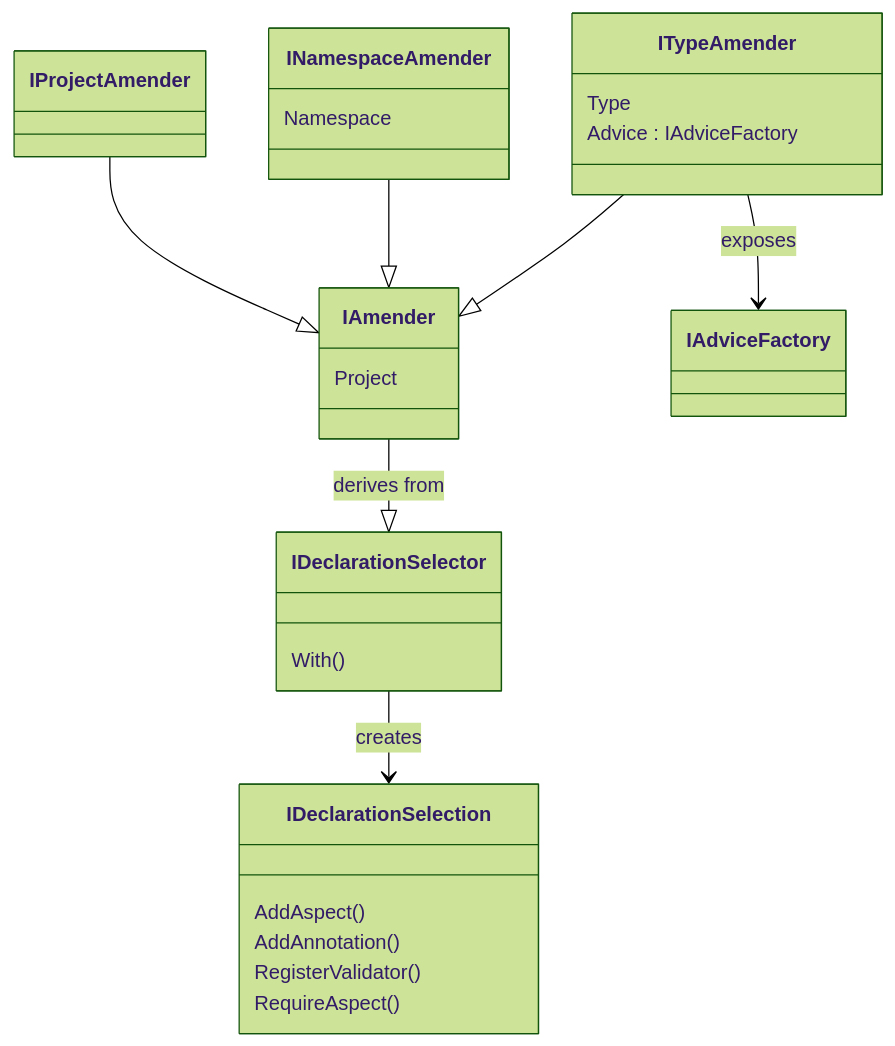
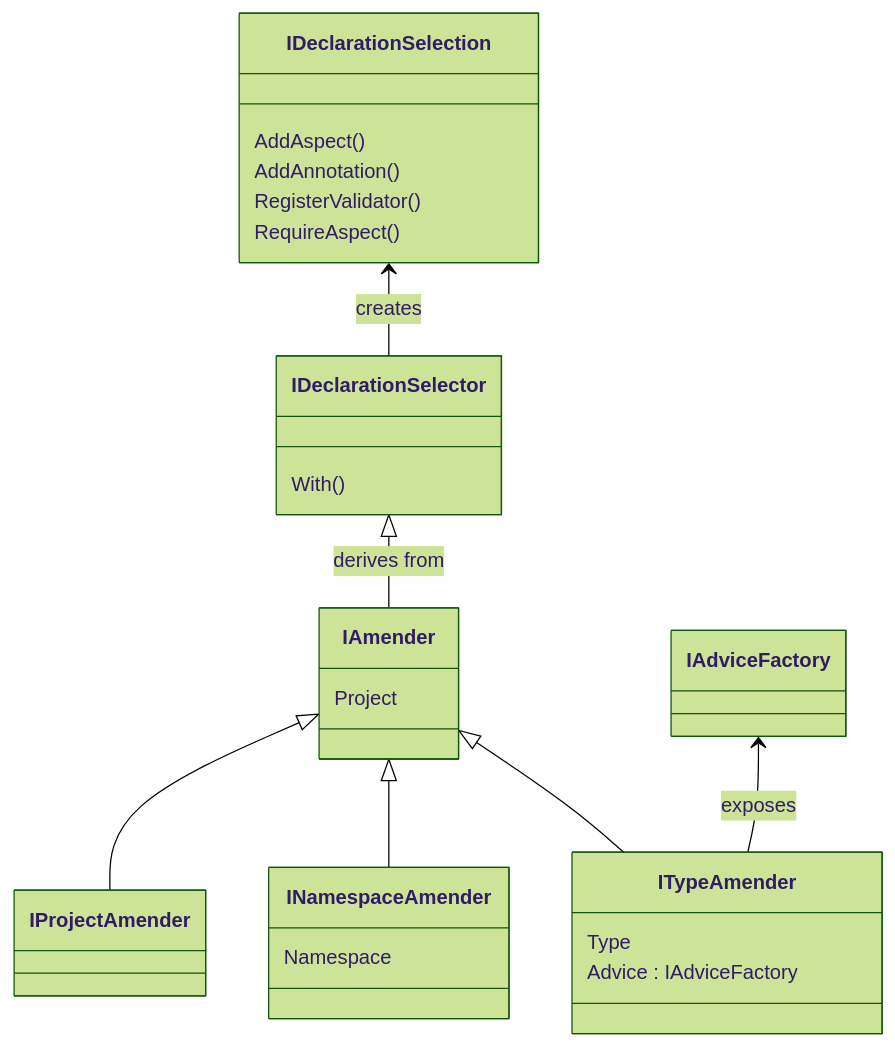
One commit to postsharp/Metalama.Documentation changed the second of 2 diagrams in docfx/namespaces/Metalama.Framework.Fabrics.md. Above: the diagram before and after it, drawn with Mermaid (forest theme). The commit also changed other lines of this file and 9 other files, not shown here.

Commit message:
Improved class diagrams

````diff
--- a/docfx/namespaces/Metalama.Framework.Fabrics.md
+++ b/docfx/namespaces/Metalama.Framework.Fabrics.md
@@ -63,45 +63,45 @@
 ```mermaid
 classDiagram
 
     
     class IAmender {
         Project
     }
 
     class IDeclarationSelector {
         With()
     }
 
-    IAmender --|> IDeclarationSelector : derives from
+    IDeclarationSelector <|-- IAmender : derives from
 
     class IDeclarationSelection {
         AddAspect()
         AddAnnotation()
         RegisterValidator()
         RequireAspect()
     }
 
-    IDeclarationSelector --> IDeclarationSelection : creates
+    IDeclarationSelection <-- IDeclarationSelector : creates
 
     class IProjectAmender {
 
     }
 
-    IProjectAmender --|> IAmender
-    INamespaceAmender --|> IAmender
-    ITypeAmender --|> IAmender
+    IAmender <|-- IProjectAmender
+    IAmender <|-- INamespaceAmender
+    IAmender <|-- ITypeAmender
 
     class INamespaceAmender  {
         Namespace
     }
 
     class ITypeAmender  {
         Type
         Advice : IAdviceFactory
     }
 
-    ITypeAmender --> IAdviceFactory : exposes
+    IAdviceFactory <-- ITypeAmender : exposes
 
 
 
 ```
````
